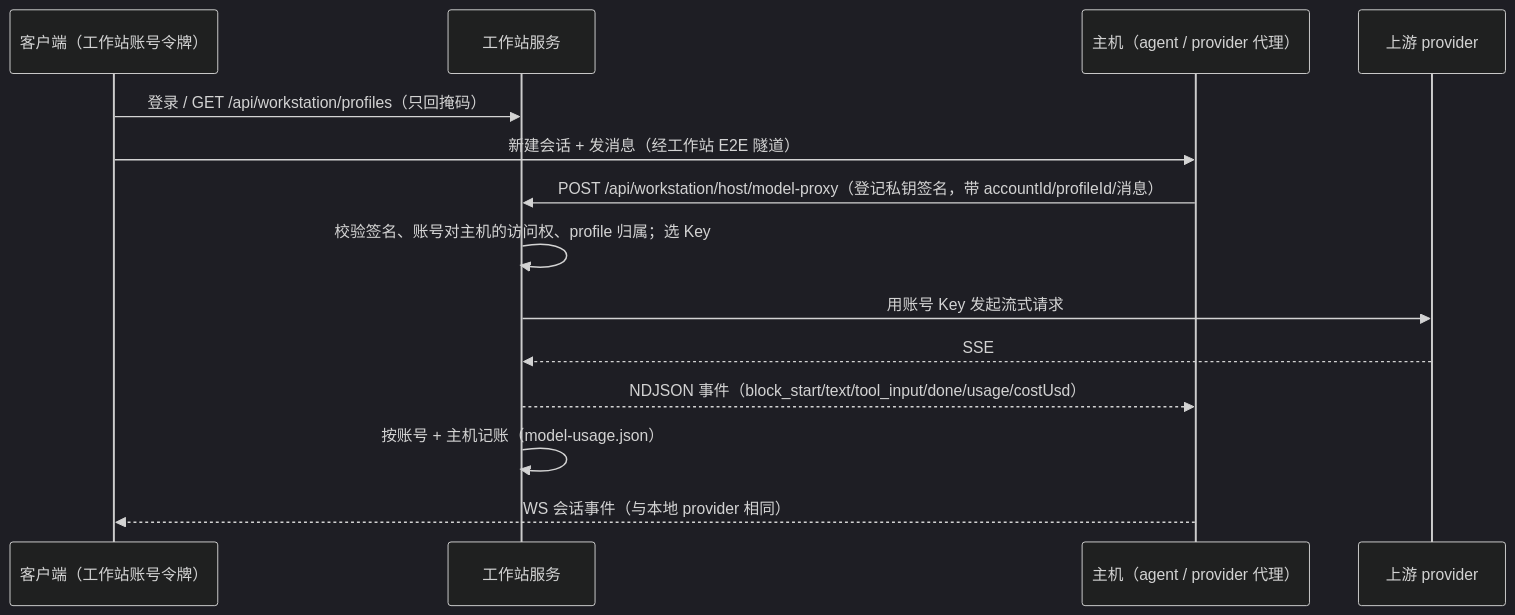
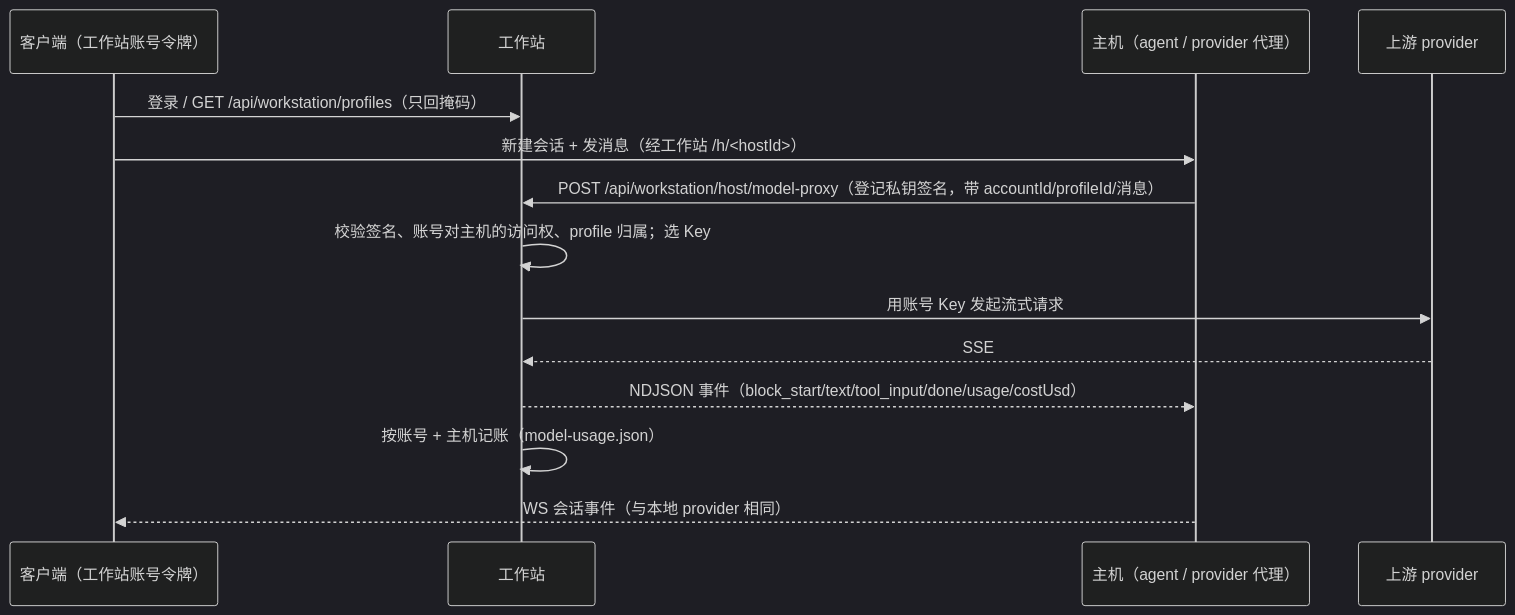
Before and after one commit to situNagisa/tandem: the diagram in docs/architecture.md, drawn with Mermaid (dark theme). The commit also changed other lines of this file and 65 other files, not shown here.

````diff
--- a/docs/architecture.md
+++ b/docs/architecture.md
@@ -134,17 +133,17 @@
 ```mermaid
 sequenceDiagram
   participant C as 客户端（工作站账号令牌）
-  participant W as 工作站服务
+  participant W as 工作站
   participant H as 主机（agent / provider 代理）
   participant U as 上游 provider
 
   C->>W: 登录 / GET /api/workstation/profiles（只回掩码）
-  C->>H: 新建会话 + 发消息（经工作站 E2E 隧道）
+  C->>H: 新建会话 + 发消息（经工作站 /h/<hostId>）
   H->>W: POST /api/workstation/host/model-proxy（登记私钥签名，带 accountId/profileId/消息）
   W->>W: 校验签名、账号对主机的访问权、profile 归属；选 Key
   W->>U: 用账号 Key 发起流式请求
   U-->>W: SSE
   W-->>H: NDJSON 事件（block_start/text/tool_input/done/usage/costUsd）
   W->>W: 按账号 + 主机记账（model-usage.json）
   H-->>C: WS 会话事件（与本地 provider 相同）
 ```
````
